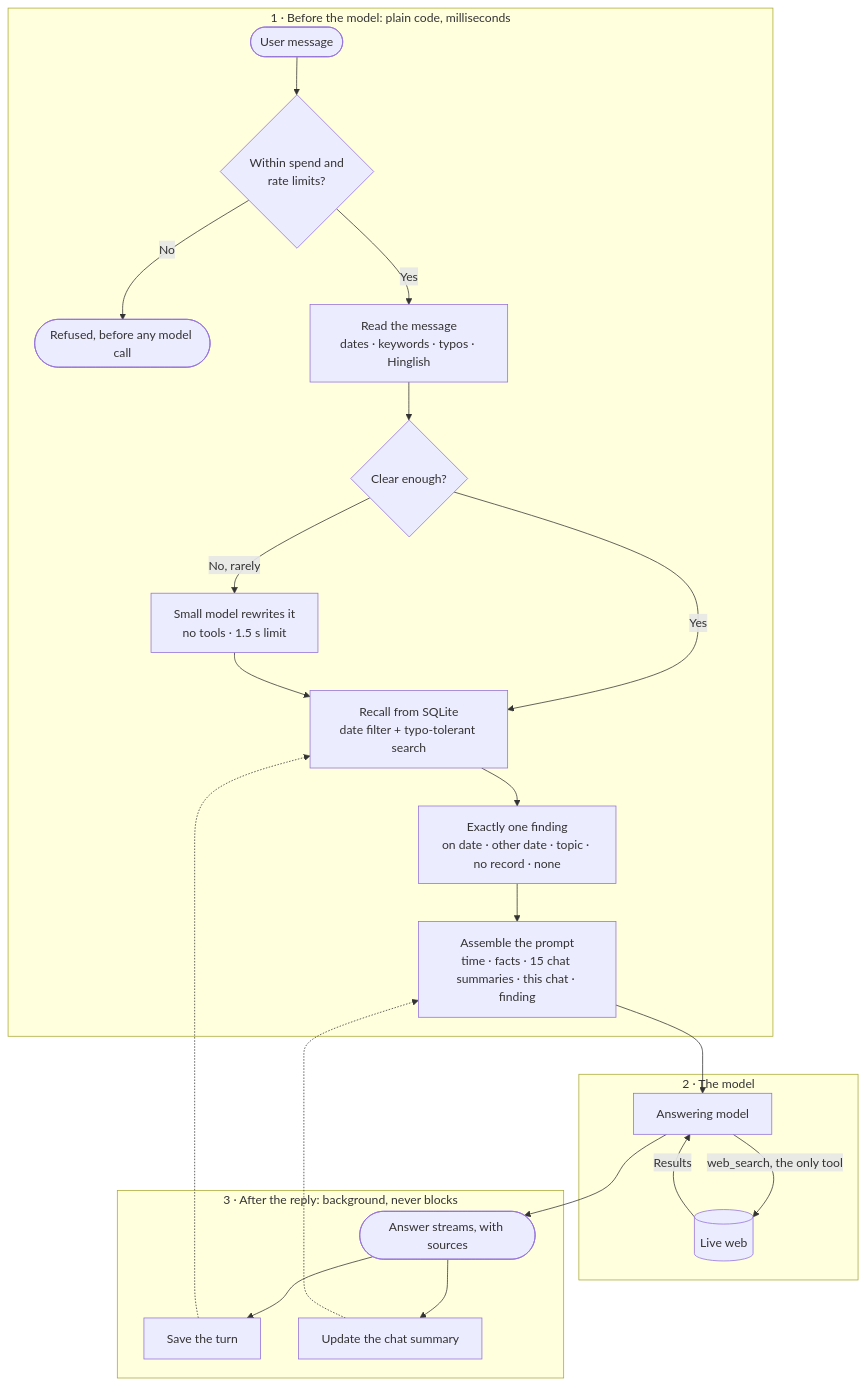
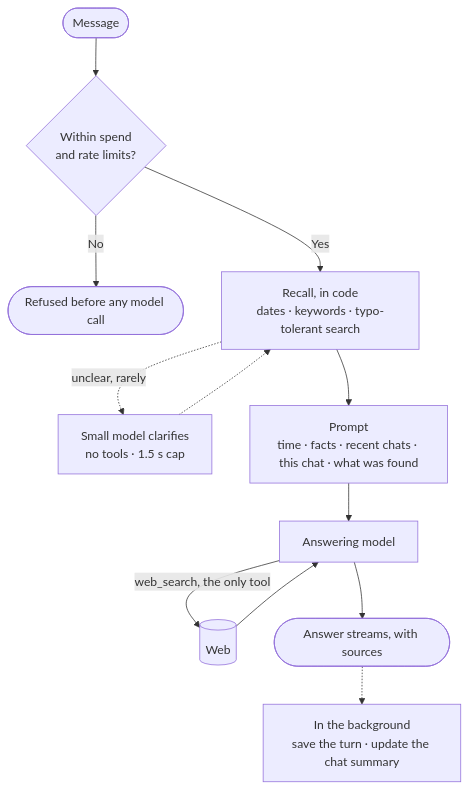
One commit to ShashwatXD/Mino changed the diagram in DESIGN.md. Above: the diagram before and after it, drawn with Mermaid. The commit also changed other lines of this file and 80 other files, not shown here.

Commit message:
split code into layers with repositories, ai chat titles, trimmed hinglish rules, compact design doc

````diff
--- a/DESIGN.md
+++ b/DESIGN.md
@@ -9,26 +9,14 @@
 ```mermaid
 flowchart TD
-    subgraph before["1 · Before the model: plain code, milliseconds"]
-        A([User message]) --> G{"Within spend and<br/>rate limits?"}
-        G -- No --> X(["Refused, before any model call"])
-        G -- Yes --> L["Read the message<br/>dates · keywords · typos · Hinglish"]
-        L --> U{"Clear enough?"}
-        U -- "No, rarely" --> S["Small model rewrites it<br/>no tools · 1.5 s limit"]
-        U -- Yes --> R
-        S --> R["Recall from SQLite<br/>date filter + typo-tolerant search"]
-        R --> F["Exactly one finding<br/>on date · other date · topic · no record · none"]
-        F --> P["Assemble the prompt<br/>time · facts · 15 chat summaries · this chat · finding"]
-    end
-    subgraph answer["2 · The model"]
-        P --> M["Answering model"]
-        M -- "web_search, the only tool" --> W[(Live web)]
-        W -- Results --> M
-    end
+    A([Message]) --> G{"Within spend<br/>and rate limits?"}
+    G -- No --> X(["Refused before any model call"])
+    G -- Yes --> R["Recall, in code<br/>dates · keywords · typo-tolerant search"]
+    R -. "unclear, rarely" .-> S["Small model clarifies<br/>no tools · 1.5 s cap"]
+    S -.-> R
+    R --> P["Prompt<br/>time · facts · recent chats · this chat · what was found"]
+    P --> M["Answering model"]
+    M -- "web_search, the only tool" --> W[(Web)]
+    W --> M
     M --> E([Answer streams, with sources])
-    subgraph after["3 · After the reply: background, never blocks"]
-        E --> Z1["Save the turn"]
-        E --> Z2["Update the chat summary"]
-    end
-    Z1 -.-> R
-    Z2 -.-> P
+    E -.-> B["In the background<br/>save the turn · update the chat summary"]
 ```
````
